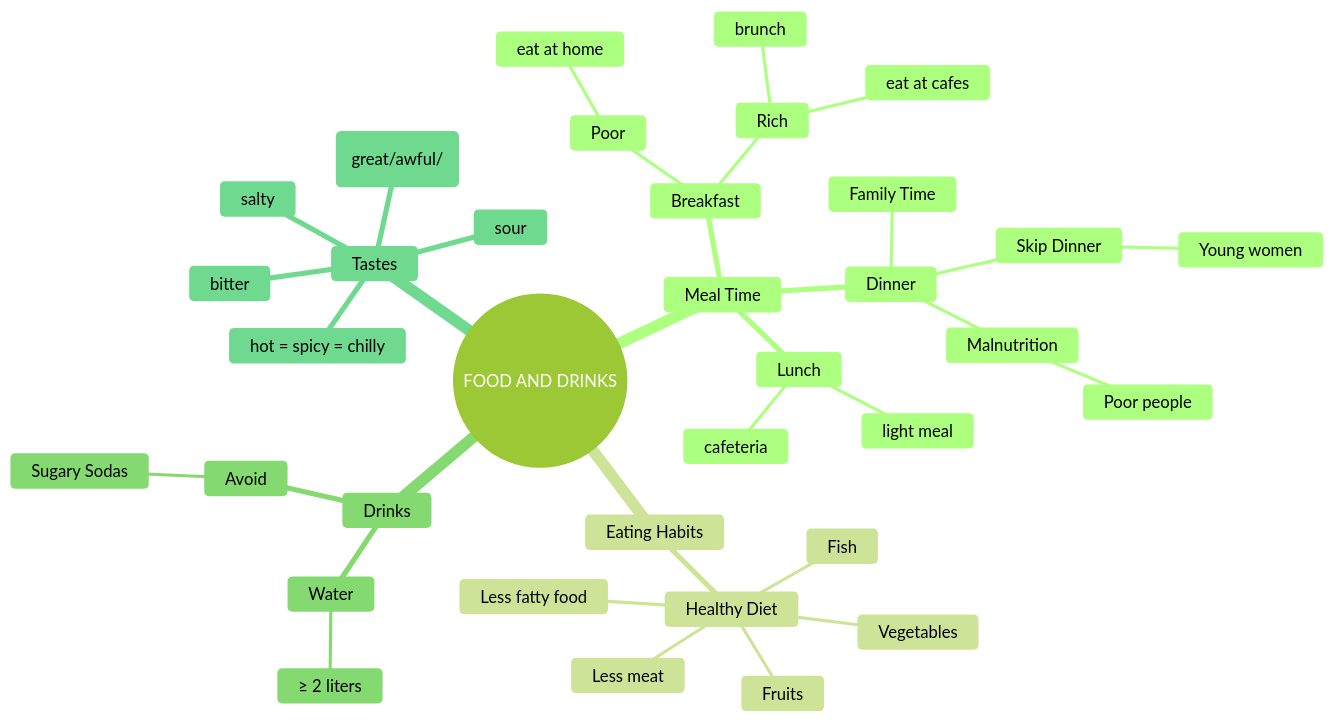
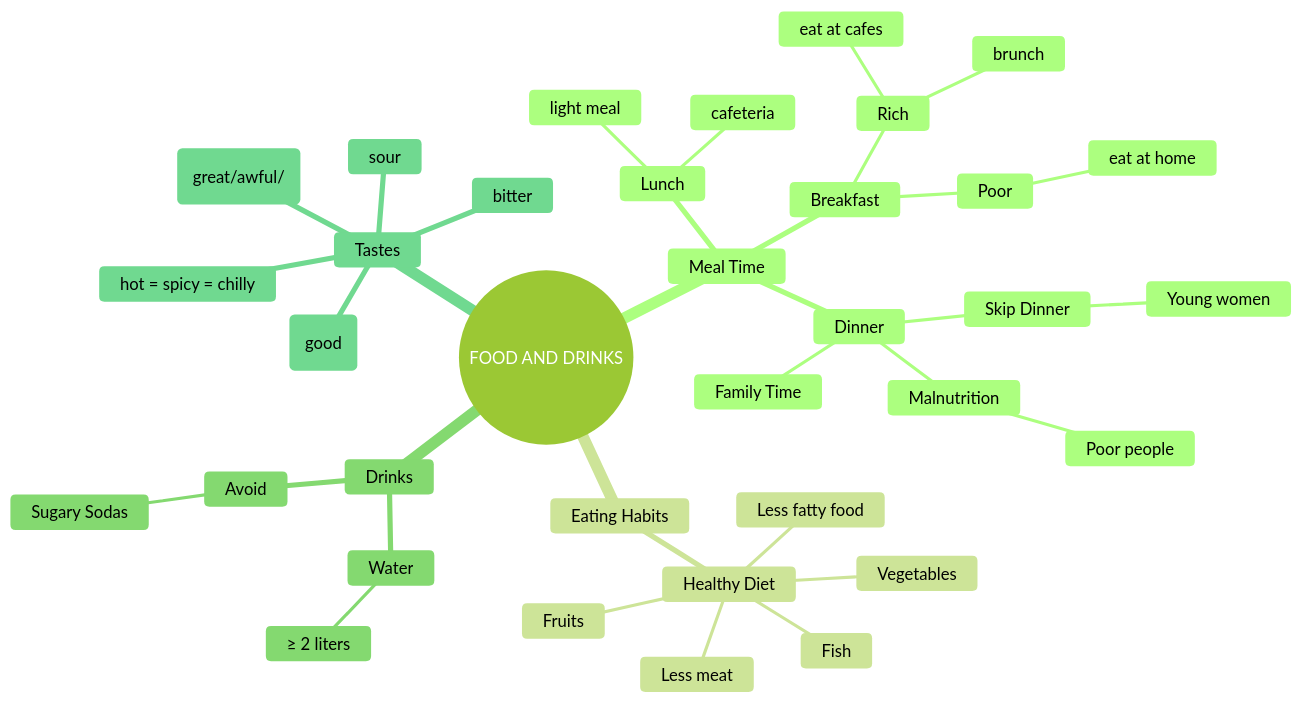
The diagram in Lesson05_FoodDrink/01_subject.md (aerovfx/aerolang), drawn with Mermaid (forest theme) before and after one commit.

````diff
--- a/Lesson05_FoodDrink/01_subject.md
+++ b/Lesson05_FoodDrink/01_subject.md
@@ -1,39 +1,40 @@
 ```mermaid
 mindmap
   root((FOOD AND DRINKS))
     Meal Time
       Breakfast
         Poor
           eat at home
         Rich
           eat at cafes
           brunch
       Lunch
         light meal
         cafeteria
       Dinner
         Family Time
         Skip Dinner
           Young women
         Malnutrition
           Poor people
     Eating Habits
       Healthy Diet
         Vegetables
         Fruits
         Fish
         Less meat
         Less fatty food
     Drinks
       Water
         ≥ 2 liters
       Avoid
         Sugary Sodas
     Tastes
       sweet (great/awful/)
       hot = spicy = chilly
       bitter
       sour
-      salty
+      salty(good)
+      
 
 ```
````
